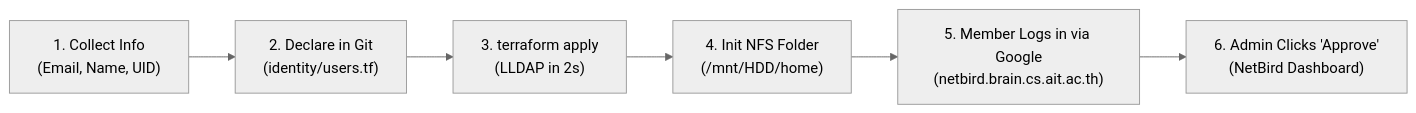
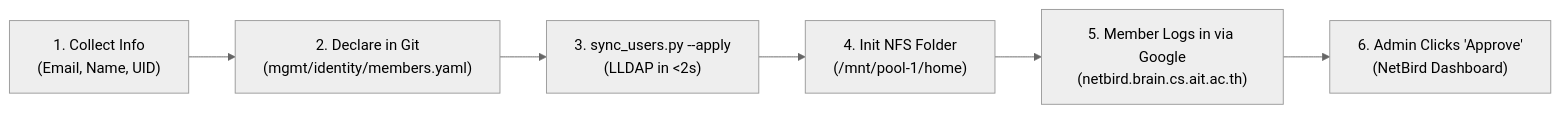
One commit to AIT-brainlab/brainlab-base changed the diagram in docs/onboarding.md. Above: the diagram before and after it, drawn with Mermaid (neutral theme). The commit also changed other lines of this file and 13 other files, not shown here.

First line of the commit message:
docs: align all runbooks with canonical DNS, storage, and identity architecture

````diff
--- a/docs/onboarding.md
+++ b/docs/onboarding.md
@@ -10,8 +10,8 @@
 ```mermaid
 flowchart LR
-    A["1. Collect Info<br/>(Email, Name, UID)"] --> B["2. Declare in Git<br/>(identity/users.tf)"]
-    B --> C["3. terraform apply<br/>(LLDAP in 2s)"]
-    C --> D["4. Init NFS Folder<br/>(/mnt/HDD/home)"]
+    A["1. Collect Info<br/>(Email, Name, UID)"] --> B["2. Declare in Git<br/>(mgmt/identity/members.yaml)"]
+    B --> C["3. sync_users.py --apply<br/>(LLDAP in <2s)"]
+    C --> D["4. Init NFS Folder<br/>(/mnt/pool-1/home)"]
     D --> E["5. Member Logs in via Google<br/>(netbird.brain.cs.ait.ac.th)"]
     E --> F["6. Admin Clicks 'Approve'<br/>(NetBird Dashboard)"]
 ```
````
